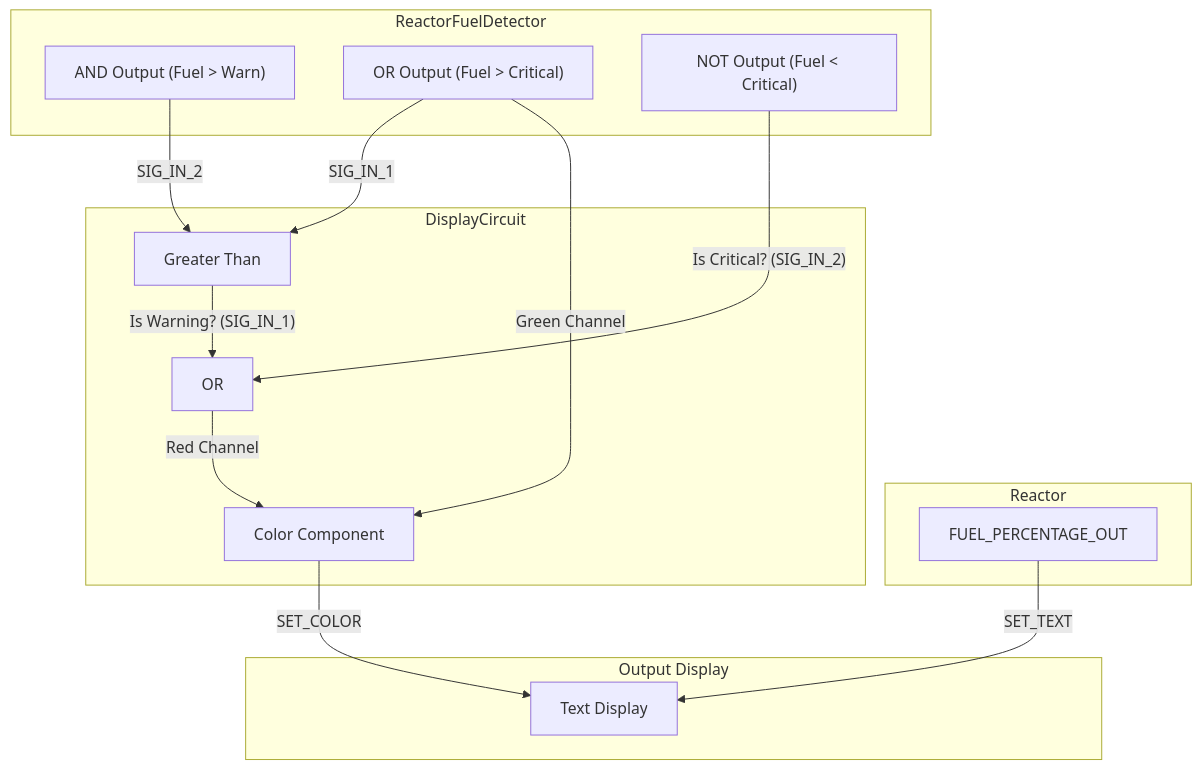
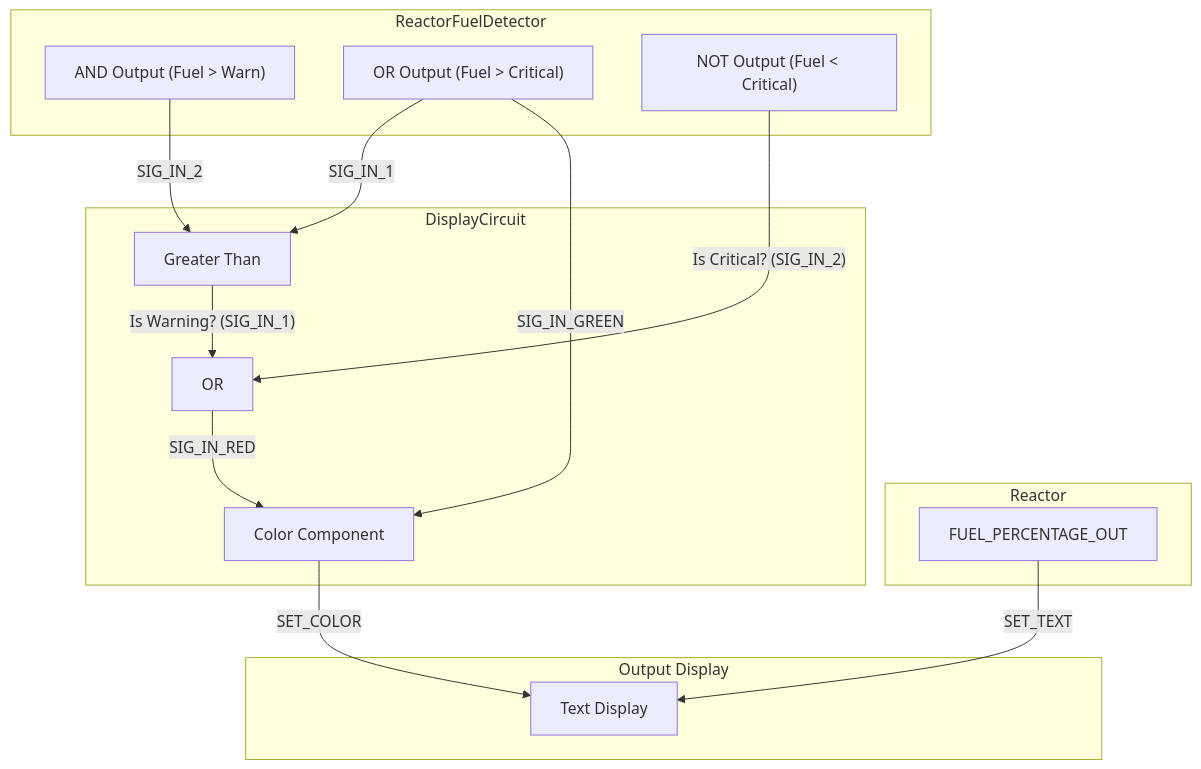
One commit to Xavrax/barotrauma changed the diagram in summer_2k25_0/02-ReactorFuelDisplay.md. Above: the diagram before and after it, drawn with Mermaid.

Commit message:
proper labels

````diff
--- a/summer_2k25_0/02-ReactorFuelDisplay.md
+++ b/summer_2k25_0/02-ReactorFuelDisplay.md
@@ -45,35 +45,35 @@
 ```mermaid
 graph TD
     subgraph "ReactorFuelDetector"
         IN_AND["AND Output (Fuel > Warn)"]
         IN_OR["OR Output (Fuel > Critical)"]
         IN_NOT["NOT Output (Fuel < Critical)"]
     end
 
     subgraph "Reactor"
         FUEL_PERCENT["FUEL_PERCENTAGE_OUT"]
     end
 
     subgraph "DisplayCircuit"
         GT_IS_WARN["Greater Than"]
         OR_WARN_OR_CRIT["OR"]
         COLOR["Color Component"]
     end
 
     subgraph "Output Display"
         TEXT_DISPLAY["Text Display"]
     end
     
     IN_OR -- "SIG_IN_1" --> GT_IS_WARN
     IN_AND -- "SIG_IN_2" --> GT_IS_WARN
 
     GT_IS_WARN -- "Is Warning? (SIG_IN_1)" --> OR_WARN_OR_CRIT
     IN_NOT -- "Is Critical? (SIG_IN_2)" --> OR_WARN_OR_CRIT
     
-    OR_WARN_OR_CRIT -- "Red Channel" --> COLOR
-    IN_OR -- "Green Channel" --> COLOR
+    OR_WARN_OR_CRIT -- "SIG_IN_RED" --> COLOR
+    IN_OR -- "SIG_IN_GREEN" --> COLOR
 
     COLOR -- "SET_COLOR" --> TEXT_DISPLAY
     FUEL_PERCENT -- "SET_TEXT" --> TEXT_DISPLAY
 
 ```
````
